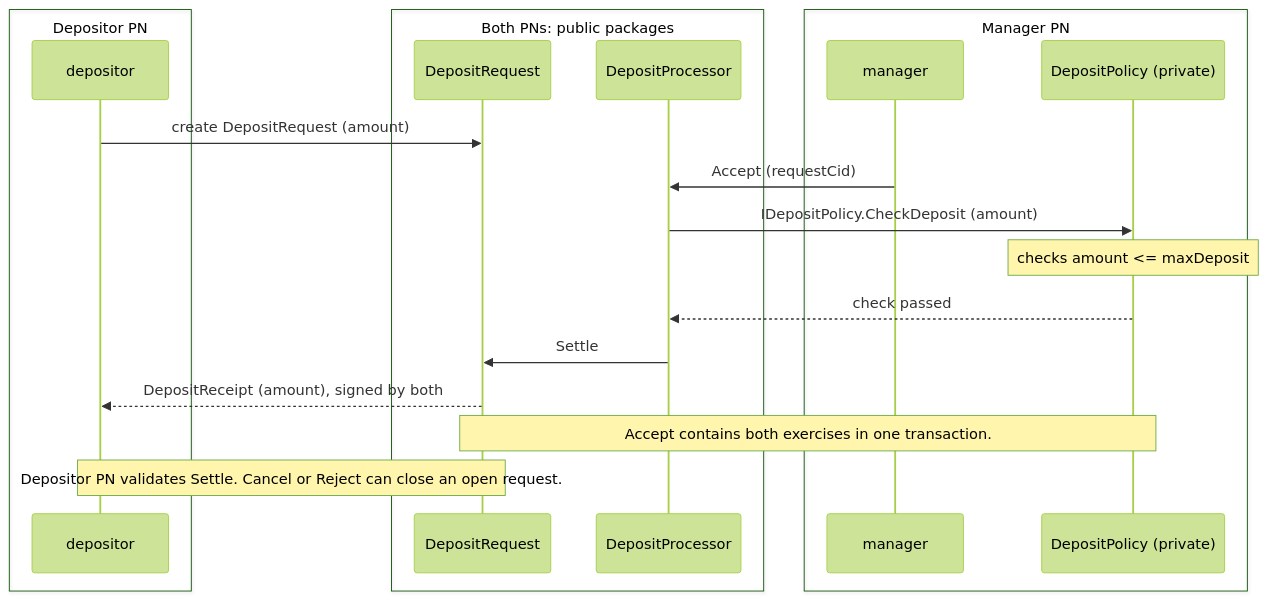
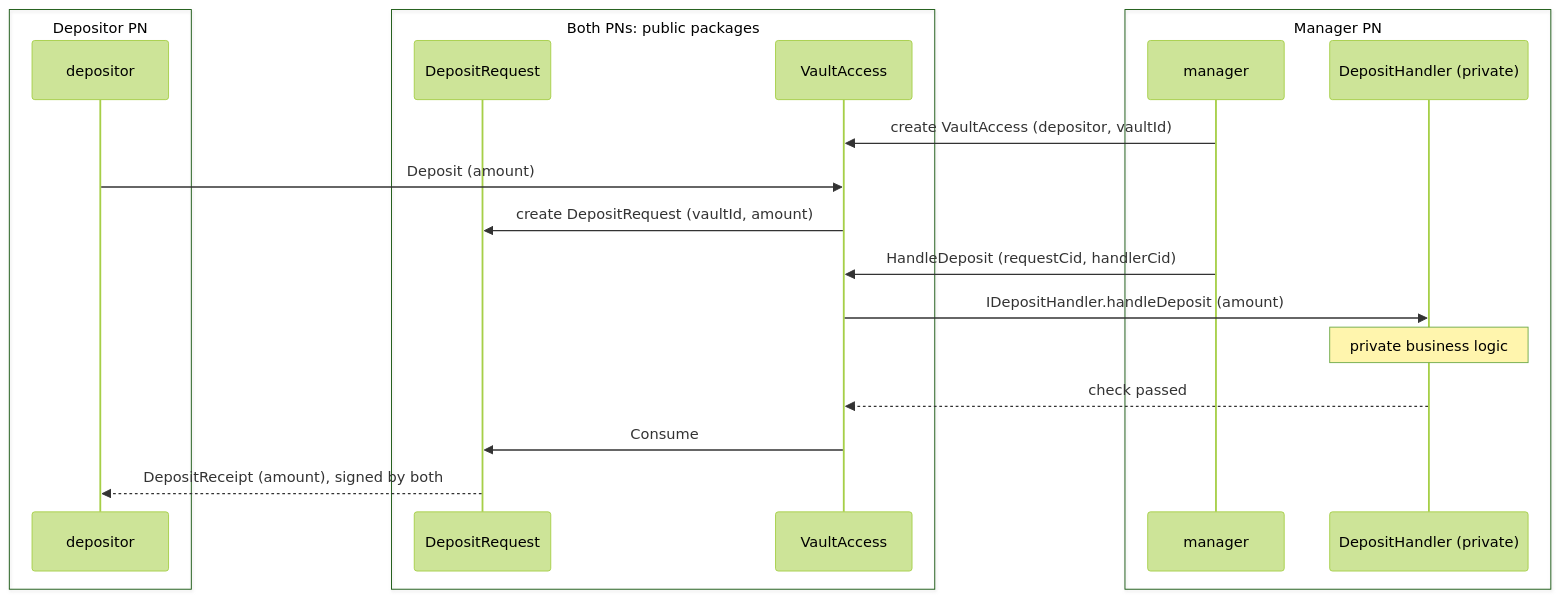
Before and after one commit to Moonsong-Labs/canton-vaults: the diagram in patterns/03-public-private-split/README.md, drawn with Mermaid (forest theme). The commit also changed other lines of this file and 11 other files, not shown here.

````diff
--- a/patterns/03-public-private-split/README.md
+++ b/patterns/03-public-private-split/README.md
@@ -60,23 +61,23 @@
 ```mermaid
 sequenceDiagram
     box Depositor PN
     participant D as depositor
     end
     box Both PNs: public packages
     participant R as DepositRequest
-    participant P as DepositProcessor
+    participant A as VaultAccess
     end
     box Manager PN
     participant M as manager
-    participant PLY as DepositPolicy (private)
+    participant H as DepositHandler (private)
     end
-    D->>R: create DepositRequest (amount)
-    M->>P: Accept (requestCid)
-    P->>PLY: IDepositPolicy.CheckDeposit (amount)
-    Note over PLY: checks amount <= maxDeposit
-    PLY-->>P: check passed
-    P->>R: Settle
+    M->>A: create VaultAccess (depositor, vaultId)
+    D->>A: Deposit (amount)
+    A->>R: create DepositRequest (vaultId, amount)
+    M->>A: HandleDeposit (requestCid, handlerCid)
+    A->>H: IDepositHandler.handleDeposit (amount)
+    Note over H: private business logic
+    H-->>A: check passed
+    A->>R: Consume
     R-->>D: DepositReceipt (amount), signed by both
-    Note over R,PLY: Accept contains both exercises in one transaction.
-    Note over D,R: Depositor PN validates Settle. Cancel or Reject can close an open request.
 ```
````
